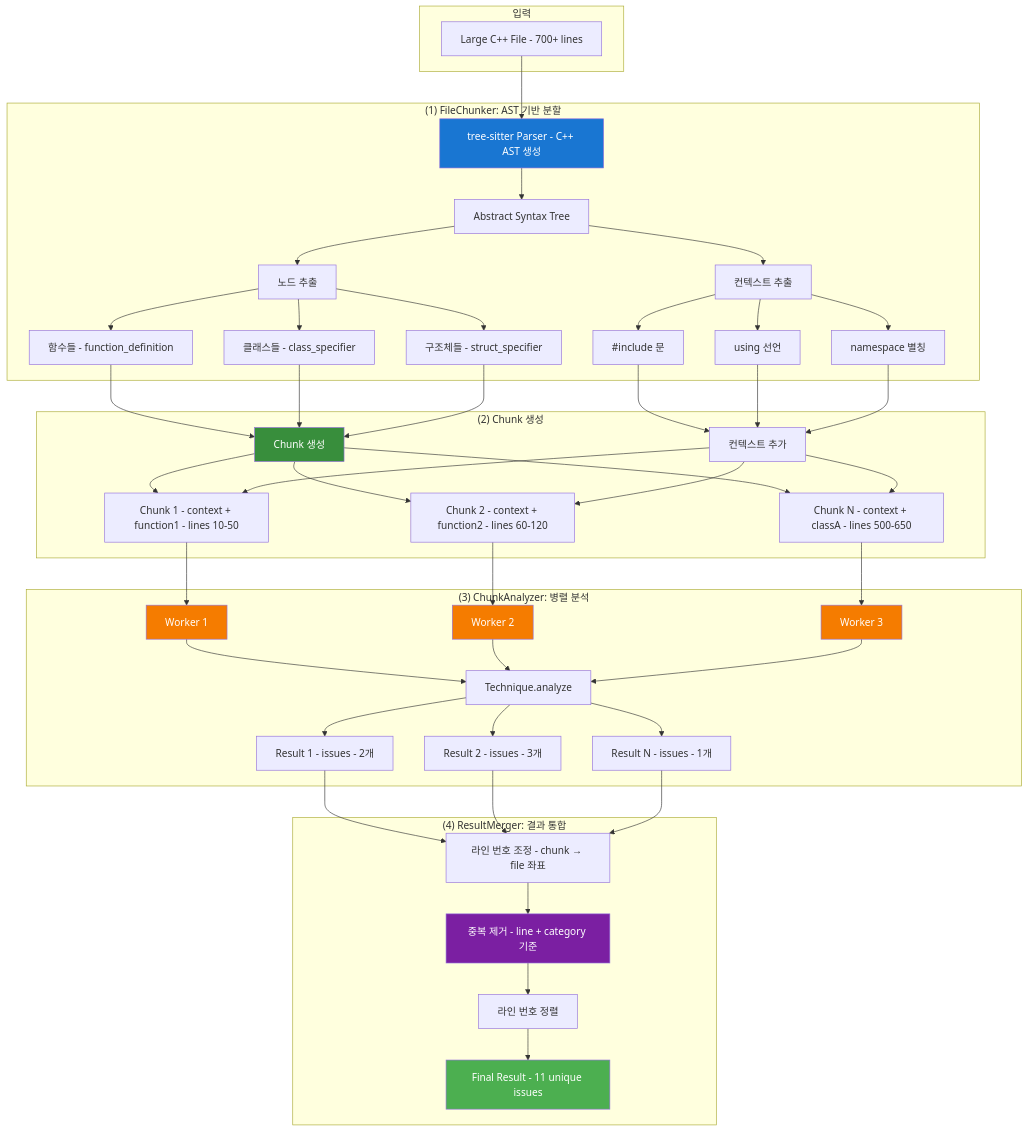
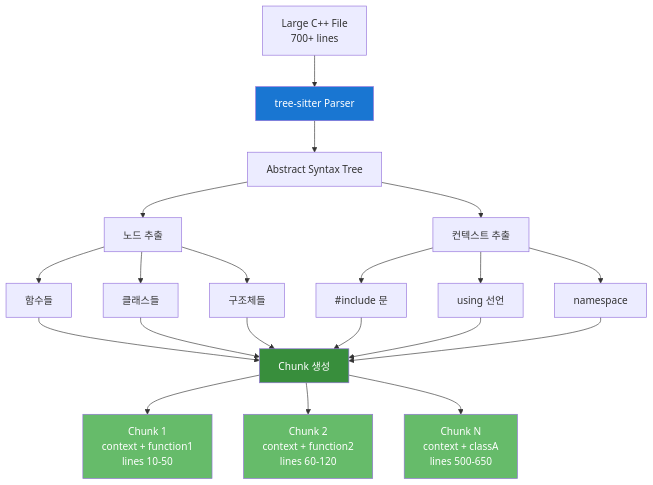
Diagram 17 of 45 in PRESENTATION.md (ApeachM/llm-code-reviewer), drawn with Mermaid before and after one commit. The commit also changed other lines of this file, not shown here.

First line of the commit message:
docs: Split complex Mermaid diagrams for better readability

````diff
--- a/PRESENTATION.md
+++ b/PRESENTATION.md
@@ -563,71 +604,35 @@
 ```mermaid
 graph TB
-    subgraph "입력"
-        LargeFile[Large C++ File - 700+ lines]
-    end
+    File[Large C++ File<br/>700+ lines]
 
-    subgraph "(1) FileChunker: AST 기반 분할"
-        LargeFile --> Parser[tree-sitter Parser - C++ AST 생성]
-        Parser --> AST[Abstract Syntax Tree]
+    File --> Parser[tree-sitter Parser]
+    Parser --> AST[Abstract Syntax Tree]
 
-        AST --> ExtractContext[컨텍스트 추출]
-        ExtractContext --> Includes[#include 문]
-        ExtractContext --> Usings[using 선언]
-        ExtractContext --> Namespaces[namespace 별칭]
+    AST --> Context[컨텍스트 추출]
+    Context --> Inc[#include 문]
+    Context --> Use[using 선언]
+    Context --> NS[namespace]
 
-        AST --> ExtractNodes[노드 추출]
-        ExtractNodes --> Functions[함수들 - function_definition]
-        ExtractNodes --> Classes[클래스들 - class_specifier]
-        ExtractNodes --> Structs[구조체들 - struct_specifier]
-    end
+    AST --> Nodes[노드 추출]
+    Nodes --> Func[함수들]
+    Nodes --> Class[클래스들]
+    Nodes --> Struct[구조체들]
 
-    subgraph "(2) Chunk 생성"
-        Functions --> CreateChunks[Chunk 생성]
-        Classes --> CreateChunks
-        Structs --> CreateChunks
+    Func --> Chunks[Chunk 생성]
+    Class --> Chunks
+    Struct --> Chunks
 
-        Includes --> AddContext[컨텍스트 추가]
-        Usings --> AddContext
-        Namespaces --> AddContext
+    Inc --> Chunks
+    Use --> Chunks
+    NS --> Chunks
 
-        CreateChunks --> Chunk1[Chunk 1 - context + function1 - lines 10-50]
-        CreateChunks --> Chunk2[Chunk 2 - context + function2 - lines 60-120]
-        CreateChunks --> ChunkN[Chunk N - context + classA - lines 500-650]
-
-        AddContext --> Chunk1
-        AddContext --> Chunk2
-        AddContext --> ChunkN
-    end
-
-    subgraph "(3) ChunkAnalyzer: 병렬 분석"
-        Chunk1 --> Worker1[Worker 1]
-        Chunk2 --> Worker2[Worker 2]
-        ChunkN --> Worker3[Worker 3]
-
-        Worker1 --> Technique1[Technique.analyze]
-        Worker2 --> Technique1
-        Worker3 --> Technique1
-
-        Technique1 --> Result1[Result 1 - issues - 2개]
-        Technique1 --> Result2[Result 2 - issues - 3개]
-        Technique1 --> ResultN[Result N - issues - 1개]
-    end
-
-    subgraph "(4) ResultMerger: 결과 통합"
-        Result1 --> AdjustLine[라인 번호 조정 - chunk → file 좌표]
-        Result2 --> AdjustLine
-        ResultN --> AdjustLine
-
-        AdjustLine --> Deduplicate[중복 제거 - line + category 기준]
-        Deduplicate --> Sort[라인 번호 정렬]
-        Sort --> FinalResult[Final Result - 11 unique issues]
-    end
+    Chunks --> C1[Chunk 1<br/>context + function1<br/>lines 10-50]
+    Chunks --> C2[Chunk 2<br/>context + function2<br/>lines 60-120]
+    Chunks --> CN[Chunk N<br/>context + classA<br/>lines 500-650]
 
     style Parser fill:#1976d2,color:#fff
-    style CreateChunks fill:#388e3c,color:#fff
-    style Worker1 fill:#f57c00,color:#fff
-    style Worker2 fill:#f57c00,color:#fff
-    style Worker3 fill:#f57c00,color:#fff
-    style Deduplicate fill:#7b1fa2,color:#fff
-    style FinalResult fill:#4caf50,color:#fff
+    style Chunks fill:#388e3c,color:#fff
+    style C1 fill:#66bb6a,color:#fff
+    style C2 fill:#66bb6a,color:#fff
+    style CN fill:#66bb6a,color:#fff
 ```
````
